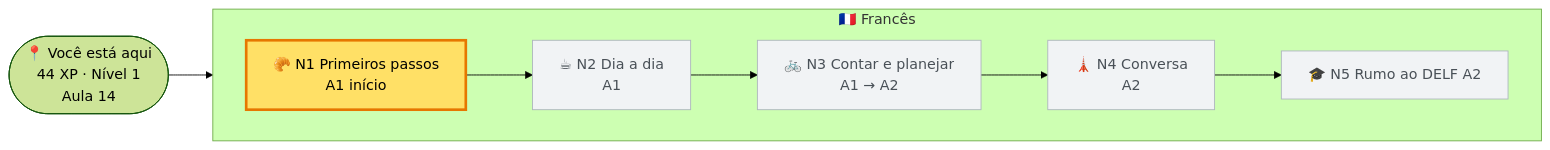
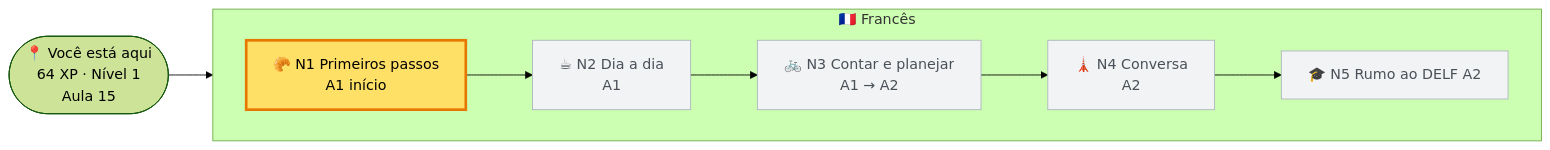
The first of 2 diagrams in README.md (tcandreetti/frances), drawn with Mermaid (forest theme) before and after one commit. The commit also changed other lines of this file and 3 other files, not shown here.

````diff
--- a/README.md
+++ b/README.md
@@ -27,16 +27,16 @@
 ```mermaid
 flowchart LR
-  EU(["📍 Você está aqui<br/>44 XP · Nível 1<br/>Aula 14"])
+  EU(["📍 Você está aqui<br/>64 XP · Nível 1<br/>Aula 15"])
 
   subgraph FR["🇫🇷 Francês"]
     direction LR
     N1["🥐 N1 Primeiros passos<br/>A1 início"] --> N2["☕ N2 Dia a dia<br/>A1"] --> N3["🚲 N3 Contar e planejar<br/>A1 → A2"] --> N4["🗼 N4 Conversa<br/>A2"] --> N5["🎓 N5 Rumo ao DELF A2"]
   end
 
   EU --> N1
 
   classDef atual fill:#ffe066,stroke:#e67700,stroke-width:3px,color:#000
   classDef futuro fill:#f1f3f5,stroke:#adb5bd,color:#495057
   class N1 atual
   class N2,N3,N4,N5 futuro
 ```
````
